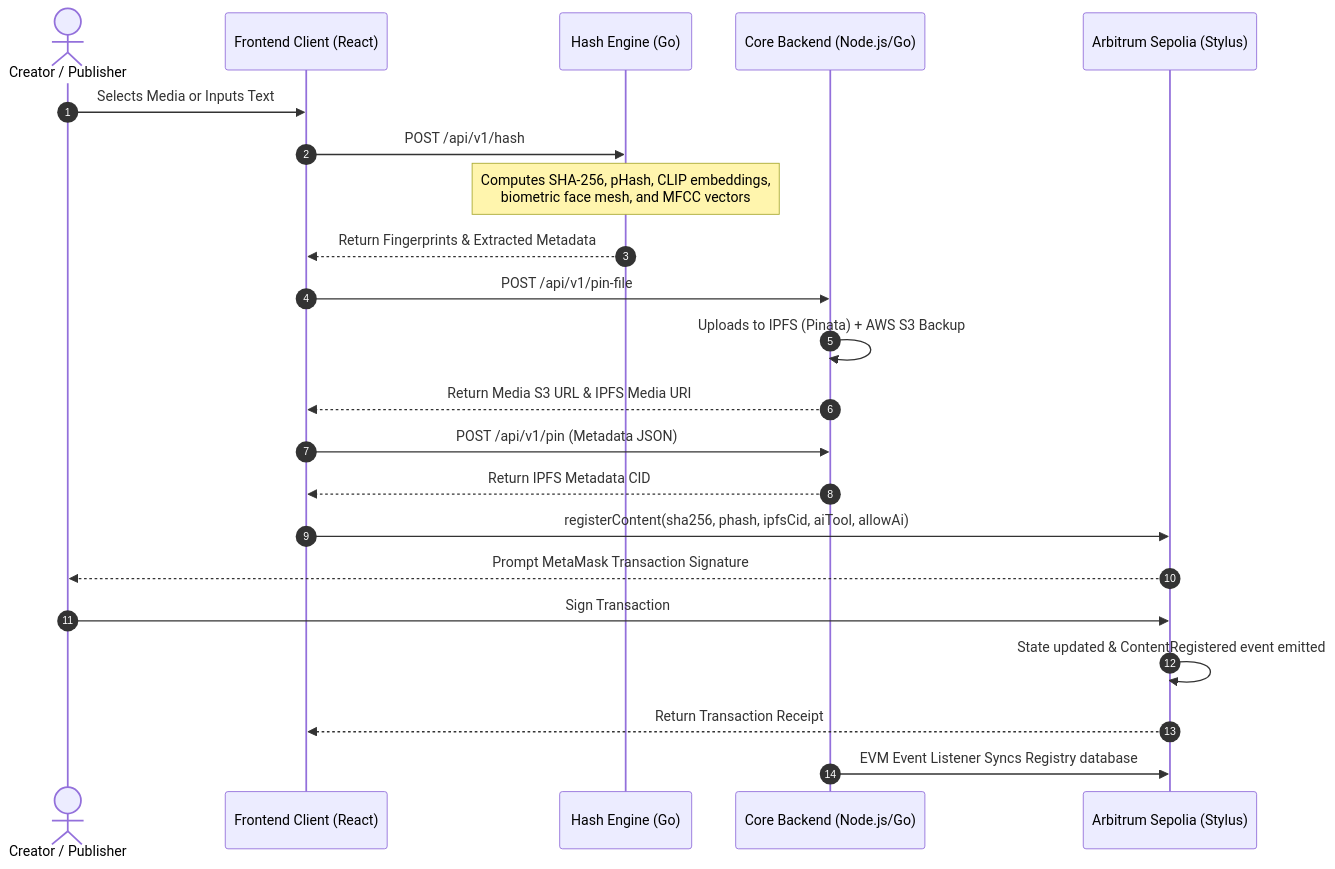
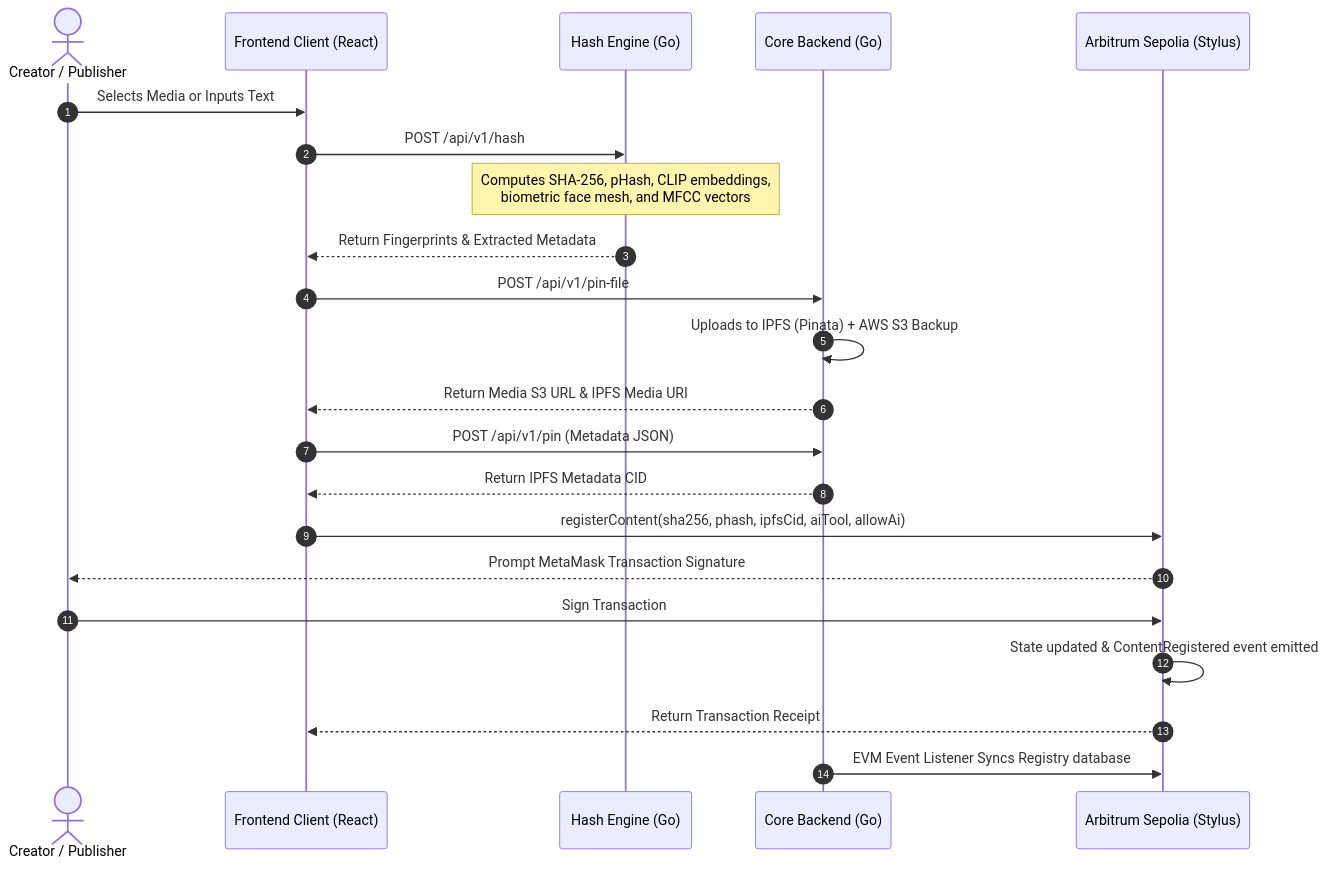
The second of 2 diagrams in README.md (DHRUVILPATEL2303/Veritrace-Frontend), drawn with Mermaid before and after one commit. The commit also changed other lines of this file, not shown here.

````diff
--- a/README.md
+++ b/README.md
@@ -90,25 +90,25 @@
 ```mermaid
 sequenceDiagram
     autonumber
     actor Creator as Creator / Publisher
     participant FE as Frontend Client (React)
     participant HE as Hash Engine (Go)
-    participant BE as Core Backend (Node.js/Go)
+    participant BE as Core Backend (Go)
     participant BC as Arbitrum Sepolia (Stylus)
     
     Creator->>FE: Selects Media or Inputs Text
     FE->>HE: POST /api/v1/hash
     Note over HE: Computes SHA-256, pHash, CLIP embeddings,<br/>biometric face mesh, and MFCC vectors
     HE-->>FE: Return Fingerprints & Extracted Metadata
     FE->>BE: POST /api/v1/pin-file
     BE->>BE: Uploads to IPFS (Pinata) + AWS S3 Backup
     BE-->>FE: Return Media S3 URL & IPFS Media URI
     FE->>BE: POST /api/v1/pin (Metadata JSON)
     BE-->>FE: Return IPFS Metadata CID
     FE->>BC: registerContent(sha256, phash, ipfsCid, aiTool, allowAi)
     BC-->>Creator: Prompt MetaMask Transaction Signature
     Creator->>BC: Sign Transaction
     BC->>BC: State updated & ContentRegistered event emitted
     BC-->>FE: Return Transaction Receipt
     BE->>BC: EVM Event Listener Syncs Registry database
 ```
````
